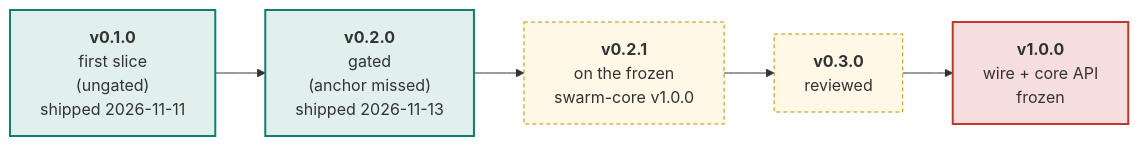
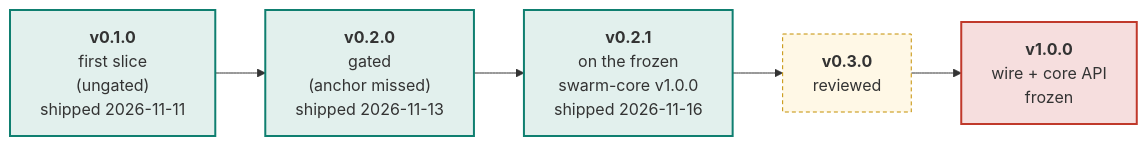
Before and after one commit to swarm-routing/ARA: the first of 2 diagrams in docs/roadmap.md, drawn with Mermaid. The commit also changed other lines of this file, not shown here.

First line of the commit message:
docs(roadmap): v0.2.1 shipped on the frozen swarm-core v1.0.0 (#188)

````diff
--- a/docs/roadmap.md
+++ b/docs/roadmap.md
@@ -30,16 +30,16 @@
 ```mermaid
 flowchart LR
     V01["<b>v0.1.0</b><br/>first slice<br/>(ungated)<br/>shipped 2026-11-11"]
     V02["<b>v0.2.0</b><br/>gated<br/>(anchor missed)<br/>shipped 2026-11-13"]
-    V021["<b>v0.2.1</b><br/>on the frozen<br/>swarm-core v1.0.0"]
+    V021["<b>v0.2.1</b><br/>on the frozen<br/>swarm-core v1.0.0<br/>shipped 2026-11-16"]
     V03["<b>v0.3.0</b><br/>reviewed"]
     V10["<b>v1.0.0</b><br/>wire + core API<br/>frozen"]
 
     V01 --> V02 --> V021 --> V03 --> V10
 
     style V01 fill:#e2f0ed,stroke:#0f7f70,stroke-width:2px
     style V02 fill:#e2f0ed,stroke:#0f7f70,stroke-width:2px
-    style V021 fill:#fff8e6,stroke:#c48f00,stroke-dasharray:4 3
+    style V021 fill:#e2f0ed,stroke:#0f7f70,stroke-width:2px
     style V03 fill:#fff8e6,stroke:#c48f00,stroke-dasharray:4 3
     style V10 fill:#f6dede,stroke:#c0392b,stroke-width:2px
 ```
````
